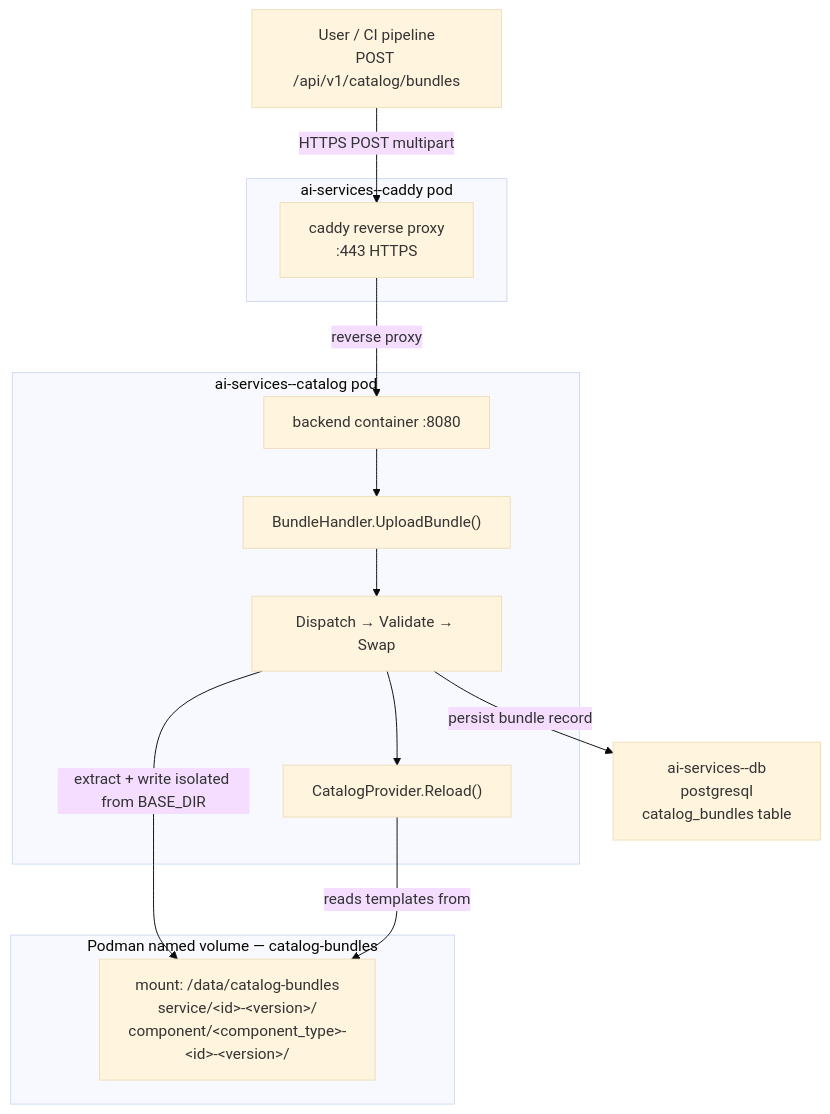
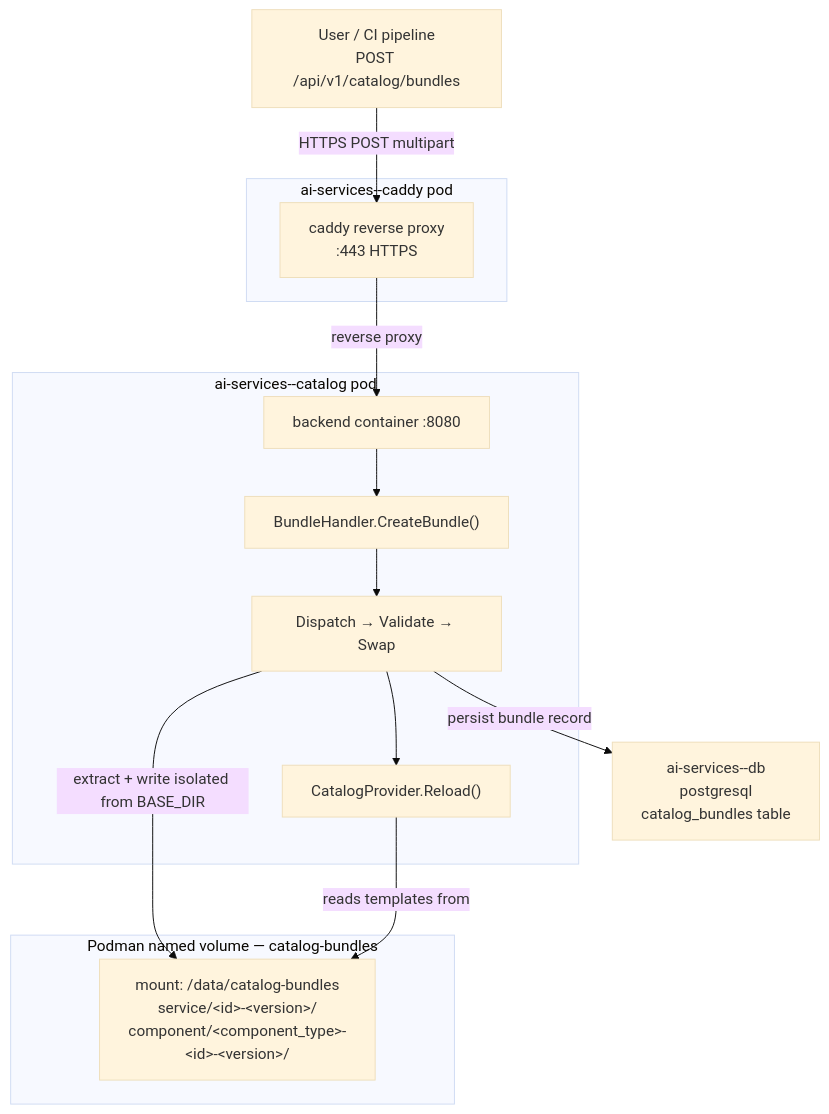
One commit to IBM/project-ai-services changed the fourth of 5 diagrams in docs/proposals/catalog/custom-service-templates-proposal.md. Above: the diagram before and after it, drawn with Mermaid (base theme). The commit also changed other lines of this file, not shown here.

````diff
--- a/docs/proposals/catalog/custom-service-templates-proposal.md
+++ b/docs/proposals/catalog/custom-service-templates-proposal.md
@@ -873,29 +866,29 @@
 ```mermaid
 flowchart TD
     USER["User / CI pipeline<br/>POST /api/v1/catalog/bundles"]
 
     subgraph CADDY_POD["ai-services--caddy pod"]
         PROXY["caddy reverse proxy<br/>:443 HTTPS"]
     end
 
     subgraph CAT_POD["ai-services--catalog pod"]
         BE["backend container :8080"]
-        HANDLER["BundleHandler.UploadBundle()"]
+        HANDLER["BundleHandler.CreateBundle()"]
         PIPELINE["Dispatch → Validate → Swap"]
         CP["CatalogProvider.Reload()"]
     end
 
     subgraph VOL["Podman named volume — catalog-bundles"]
         BUNDLES["mount: /data/catalog-bundles<br/>service/&lt;id&gt;-&lt;version&gt;/<br/>component/&lt;component_type&gt;-&lt;id&gt;-&lt;version&gt;/"]
     end
 
     PG["ai-services--db<br/>postgresql<br/>catalog_bundles table"]
 
     USER -- "HTTPS POST multipart" --> PROXY
     PROXY -- "reverse proxy" --> BE
     BE --> HANDLER --> PIPELINE
     PIPELINE -- "extract + write isolated from BASE_DIR" --> BUNDLES
     PIPELINE --> CP
     PIPELINE -- "persist bundle record" --> PG
     CP -- "reads templates from" --> BUNDLES
 ```
````
